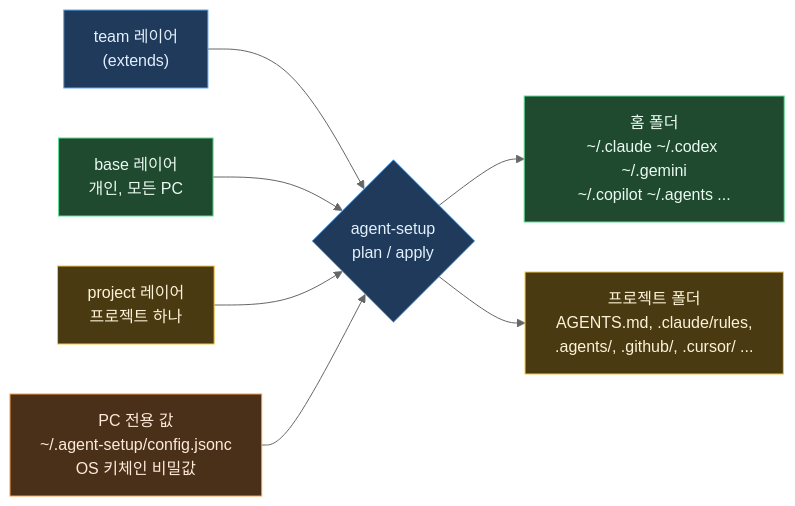
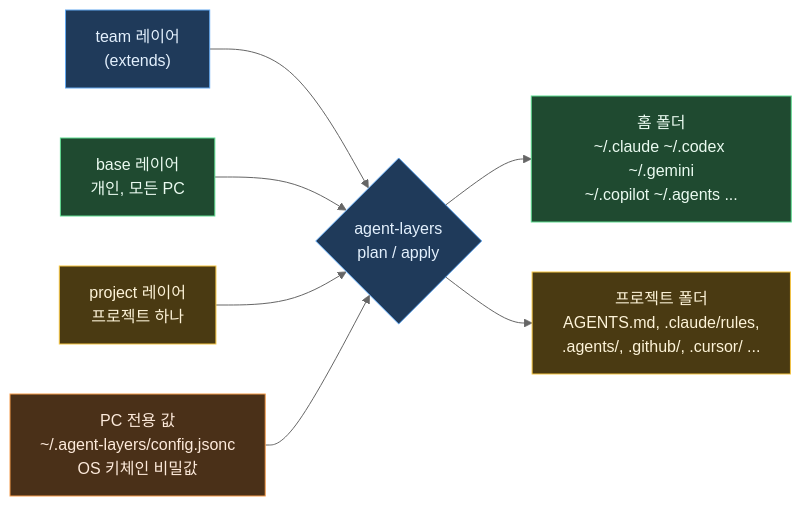
Before and after one commit to dongple-ex/agent-layers: the diagram in README.ko.md, drawn with Mermaid (neutral theme). The commit also changed other lines of this file and 31 other files, not shown here.

First line of the commit message:
Rename the tool to agent-layers and prepare the npm release

````diff
--- a/README.ko.md
+++ b/README.ko.md
@@ -28,16 +28,16 @@
 ```mermaid
 flowchart LR
-  T["team 레이어<br/>(extends)"] --> M{"agent-setup<br/>plan / apply"}
+  T["team 레이어<br/>(extends)"] --> M{"agent-layers<br/>plan / apply"}
   B["base 레이어<br/>개인, 모든 PC"] --> M
   P["project 레이어<br/>프로젝트 하나"] --> M
-  L["PC 전용 값<br/>~/.agent-setup/config.jsonc<br/>OS 키체인 비밀값"] --> M
+  L["PC 전용 값<br/>~/.agent-layers/config.jsonc<br/>OS 키체인 비밀값"] --> M
   M --> U["홈 폴더<br/>~/.claude ~/.codex ~/.gemini<br/>~/.copilot ~/.agents ..."]
   M --> R["프로젝트 폴더<br/>AGENTS.md, .claude/rules,<br/>.agents/, .github/, .cursor/ ..."]
   style T fill:#1f3a5a,stroke:#63a8f0,color:#e3f0fd
   style B fill:#1f4a30,stroke:#5ddb8f,color:#eafaf0
   style P fill:#4a3a12,stroke:#f5c542,color:#fdf3d8
   style L fill:#4a3018,stroke:#f59b4a,color:#fdeadb
   style M fill:#1f3a5a,stroke:#63a8f0,color:#e3f0fd
   style U fill:#1f4a30,stroke:#5ddb8f,color:#eafaf0
   style R fill:#4a3a12,stroke:#f5c542,color:#fdf3d8
 ```
````
